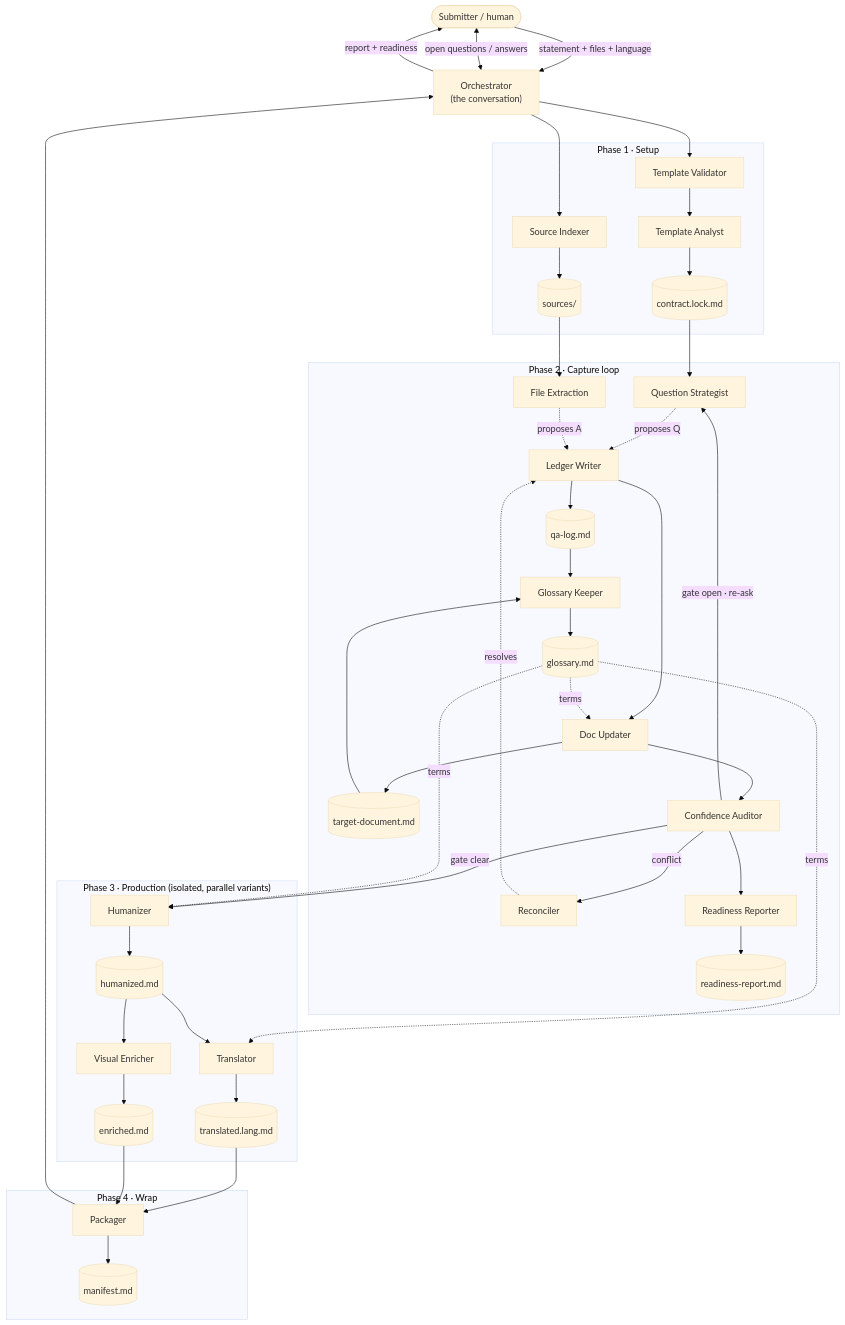
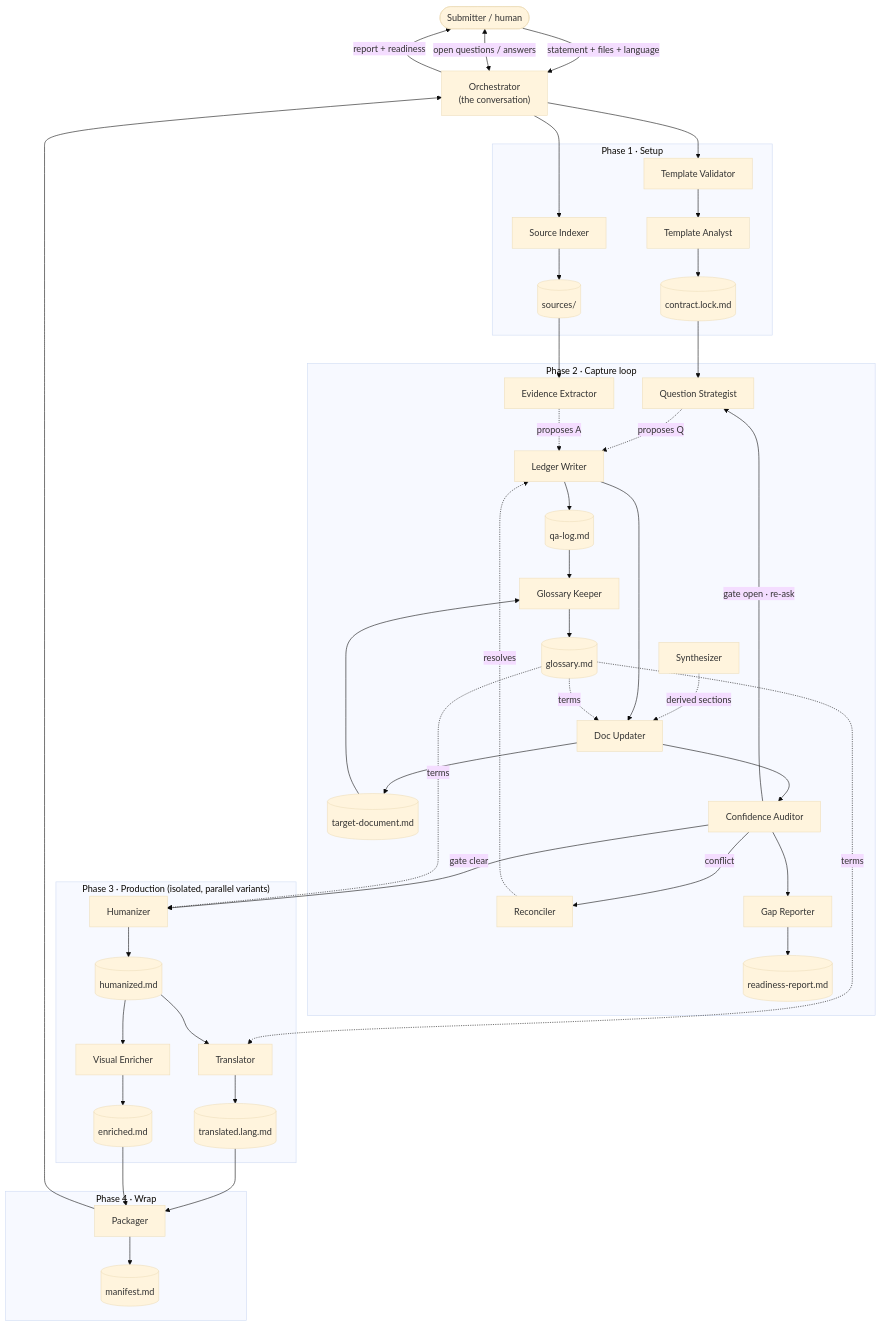
One commit to hugo-hsbtech/teamwork-process-marketplace changed the first of 2 diagrams in plugins/hsb-teamwork/skills/origination-brainstorm/README.md. Above: the diagram before and after it, drawn with Mermaid (base theme). The commit also changed other lines of this file and 90 other files, not shown here.

````diff
--- a/plugins/hsb-teamwork/skills/origination-brainstorm/README.md
+++ b/plugins/hsb-teamwork/skills/origination-brainstorm/README.md
@@ -42,60 +42,61 @@
 ```mermaid
 flowchart TD
     H(["Submitter / human"]) -->|"statement + files + language"| O["Orchestrator<br/>(the conversation)"]
 
     subgraph P1["Phase 1 · Setup"]
         TV["Template Validator"] --> TA["Template Analyst"]
         SI["Source Indexer"]
         TA --> CONTRACT[("contract.lock.md")]
         SI --> SRC[("sources/")]
     end
 
     O --> TV
     O --> SI
 
     subgraph P2["Phase 2 · Capture loop"]
         QS["Question Strategist"]
-        FE["File Extraction"]
+        FE["Evidence Extractor"]
         RC["Reconciler"]
         LW["Ledger Writer"] --> LEDGER[("qa-log.md")]
         DU["Doc Updater"] --> DOC[("target-document.md")]
+        SY["Synthesizer"] -.derived sections.-> DU
         GK["Glossary Keeper"] --> GLOSS[("glossary.md")]
-        RR["Readiness Reporter"] --> REPORT[("readiness-report.md")]
+        RR["Gap Reporter"] --> REPORT[("readiness-report.md")]
         CA["Confidence Auditor"]
     end
 
     CONTRACT --> QS
     SRC --> FE
     QS -.proposes Q.-> LW
     FE -.proposes A.-> LW
     RC -.resolves.-> LW
     O <-->|"open questions / answers"| H
     LW --> DU --> CA
     CA -->|"gate open · re-ask"| QS
     CA -->|"conflict"| RC
     CA --> RR
     CA -->|"gate clear"| HU
 
     LEDGER --> GK
     DOC --> GK
     GLOSS -.terms.-> DU
     GLOSS -.terms.-> HU
     GLOSS -.terms.-> TR
 
     subgraph P3["Phase 3 · Production (isolated, parallel variants)"]
         HU["Humanizer"] --> HMD[("humanized.md")]
         TR["Translator"] --> TMD[("translated.lang.md")]
         VE["Visual Enricher"] --> EMD[("enriched.md")]
         HMD --> TR
         HMD --> VE
     end
 
     subgraph P4["Phase 4 · Wrap"]
         PK["Packager"] --> MAN[("manifest.md")]
     end
 
     TMD --> PK
     EMD --> PK
     PK --> O
     O -->|"report + readiness"| H
 ```
````
